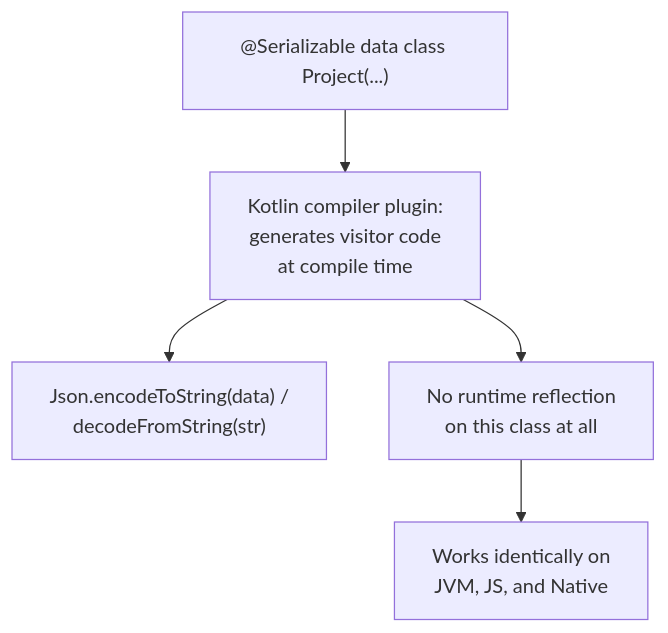
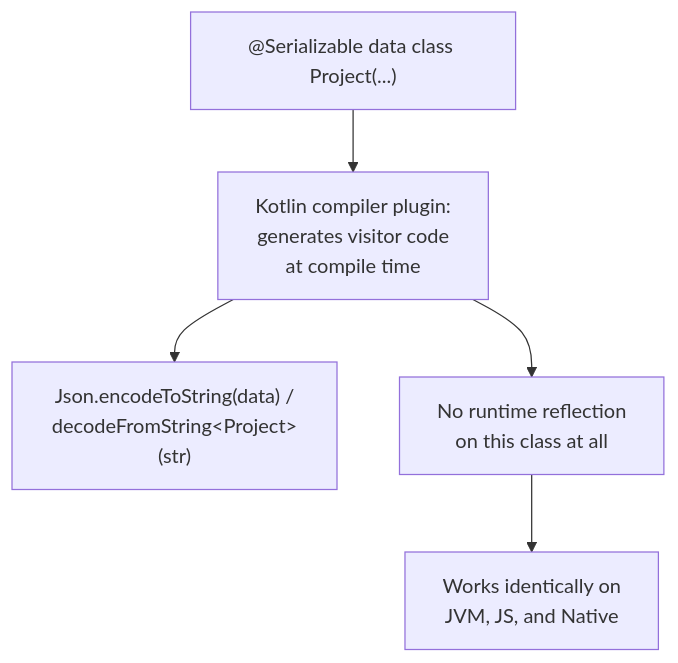
The diagram in learning/programming/kotlin/lessons/0038-kotlinx-serialization.md (TokenCemetery/teach), drawn with Mermaid before and after one commit. The commit also changed 1 other file, not shown here.

Commit message:
fix(learning): escape two Mermaid labels that break in the built site
The build decoded &quot; to a bare quote in the ci-cd untrusted-input
diagram, closing the label early, and parsed <Project> in the Kotlin
serialization diagram as an HTML tag. Mermaid's own #quot;, #lt; and #gt;
pass through the HTML unchanged, so check-mermaid.mjs --site and Deploy
Pages pass again.

Fixes #206

````diff
--- a/learning/programming/kotlin/lessons/0038-kotlinx-serialization.md
+++ b/learning/programming/kotlin/lessons/0038-kotlinx-serialization.md
@@ -45,7 +45,7 @@
 ```mermaid
 flowchart TD
     A["@Serializable data class Project(...)"] --> B["Kotlin compiler plugin:<br>generates visitor code<br>at compile time"]
-    B --> C["Json.encodeToString(data) /<br>decodeFromString<Project>(str)"]
+    B --> C["Json.encodeToString(data) /<br>decodeFromString#lt;Project#gt;(str)"]
     B --> D["No runtime reflection<br>on this class at all"]
     D --> E["Works identically on<br>JVM, JS, and Native"]
 ```
````
